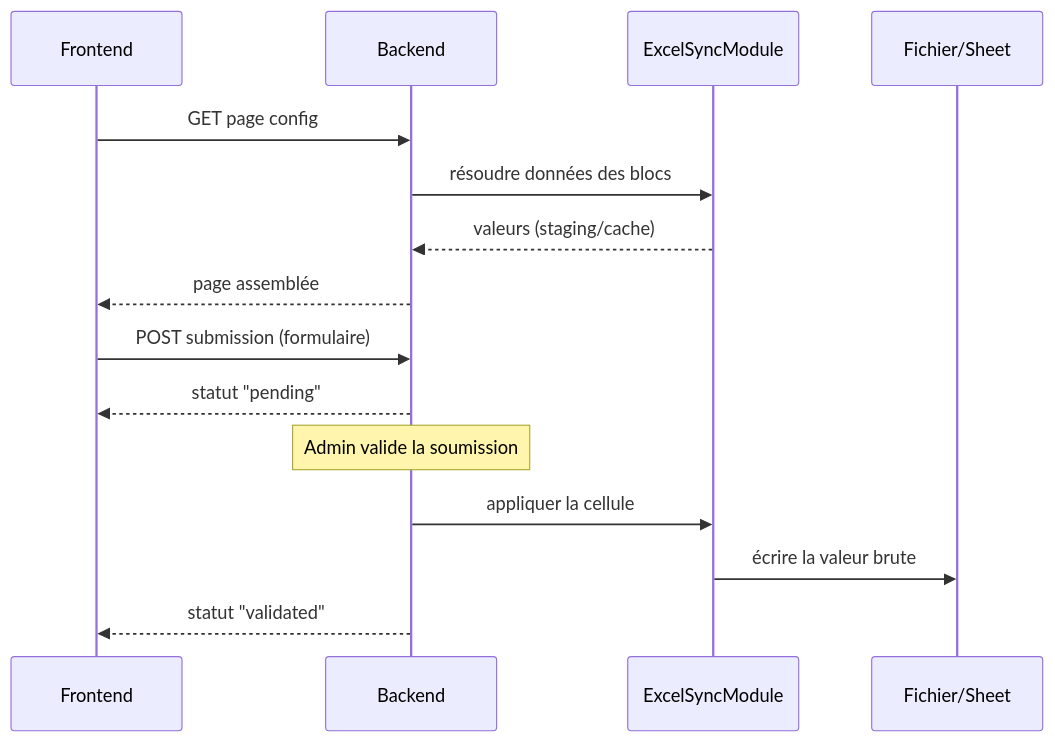
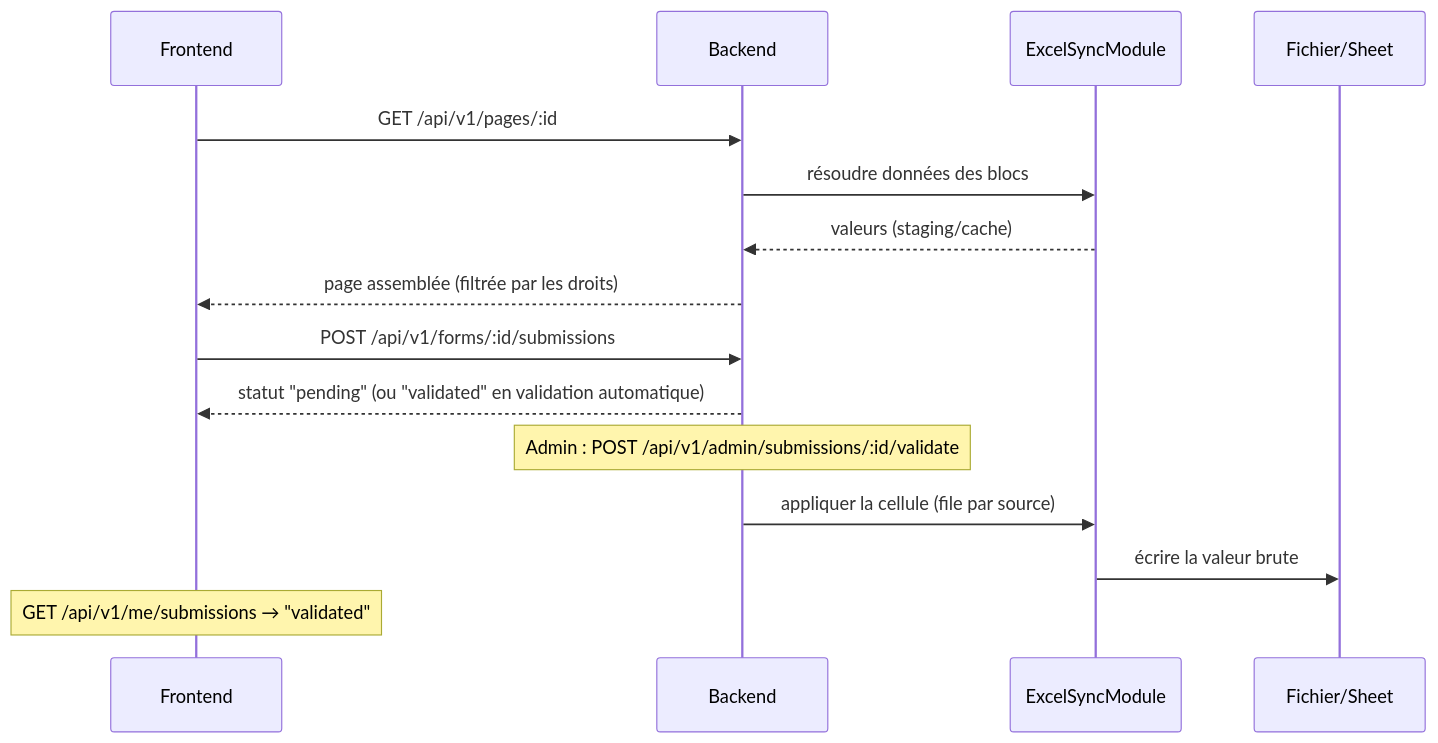
Before and after one commit to NL-Des/Strategos: the second of 2 diagrams in references/architecture.md, drawn with Mermaid. The commit also changed other lines of this file and 3 other files, not shown here.

Commit message:
Vision : exception de validation automatique ; conception de l'API.

````diff
--- a/references/architecture.md
+++ b/references/architecture.md
@@ -96,20 +97,20 @@
 ```mermaid
 sequenceDiagram
     participant FE as Frontend
     participant BE as Backend
     participant ES as ExcelSyncModule
     participant SRC as Fichier/Sheet
 
-    FE->>BE: GET page config
+    FE->>BE: GET /api/v1/pages/:id
     BE->>ES: résoudre données des blocs
     ES-->>BE: valeurs (staging/cache)
-    BE-->>FE: page assemblée
+    BE-->>FE: page assemblée (filtrée par les droits)
 
-    FE->>BE: POST submission (formulaire)
-    BE-->>FE: statut "pending"
+    FE->>BE: POST /api/v1/forms/:id/submissions
+    BE-->>FE: statut "pending" (ou "validated" en validation automatique)
 
-    Note over BE: Admin valide la soumission
-    BE->>ES: appliquer la cellule
+    Note over BE: Admin : POST /api/v1/admin/submissions/:id/validate
+    BE->>ES: appliquer la cellule (file par source)
     ES->>SRC: écrire la valeur brute
-    BE-->>FE: statut "validated"
+    Note over FE: GET /api/v1/me/submissions → "validated"
 ```
````
